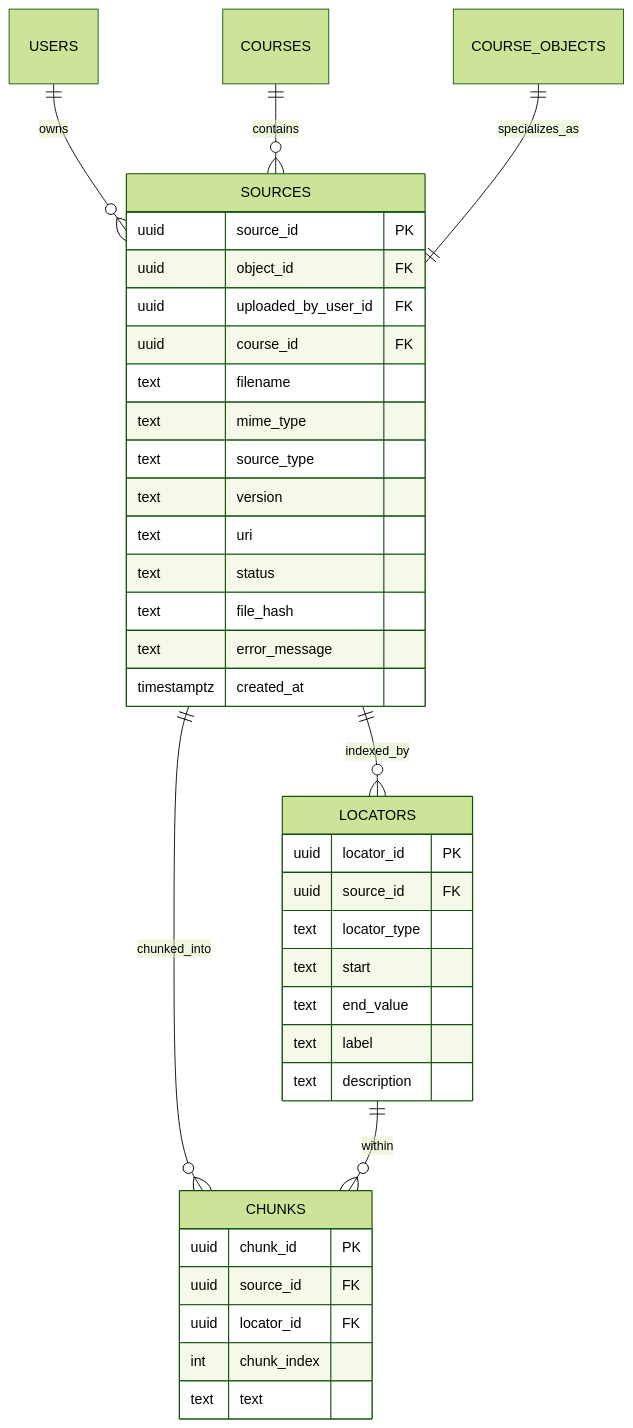
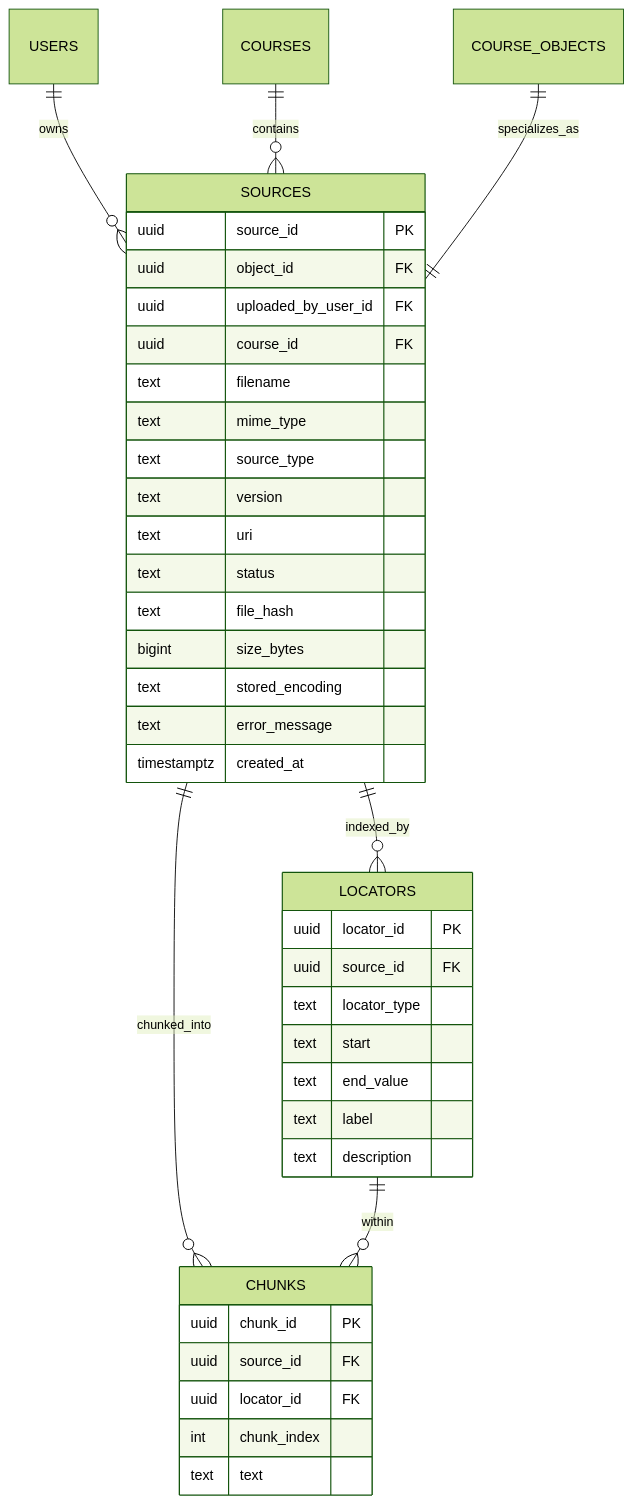
One commit to RileyK05/Stacks changed the ninth of 19 diagrams in system.md. Above: the diagram before and after it, drawn with Mermaid (forest theme). The commit also changed other lines of this file and 62 other files, not shown here.

````diff
--- a/system.md
+++ b/system.md
@@ -309,41 +326,43 @@
 ```mermaid
 erDiagram
     USERS ||--o{ SOURCES : owns
     COURSES ||--o{ SOURCES : contains
     COURSE_OBJECTS ||--|| SOURCES : specializes_as
     SOURCES ||--o{ LOCATORS : indexed_by
     SOURCES ||--o{ CHUNKS : chunked_into
     LOCATORS ||--o{ CHUNKS : within
 
     SOURCES {
         uuid source_id PK
         uuid object_id FK
         uuid uploaded_by_user_id FK
         uuid course_id FK
         text filename
         text mime_type
         text source_type
         text version
         text uri
         text status
         text file_hash
+        bigint size_bytes
+        text stored_encoding
         text error_message
         timestamptz created_at
     }
     LOCATORS {
         uuid locator_id PK
         uuid source_id FK
         text locator_type
         text start
         text end_value
         text label
         text description
     }
     CHUNKS {
         uuid chunk_id PK
         uuid source_id FK
         uuid locator_id FK
         int chunk_index
         text text
     }
 ```
````
